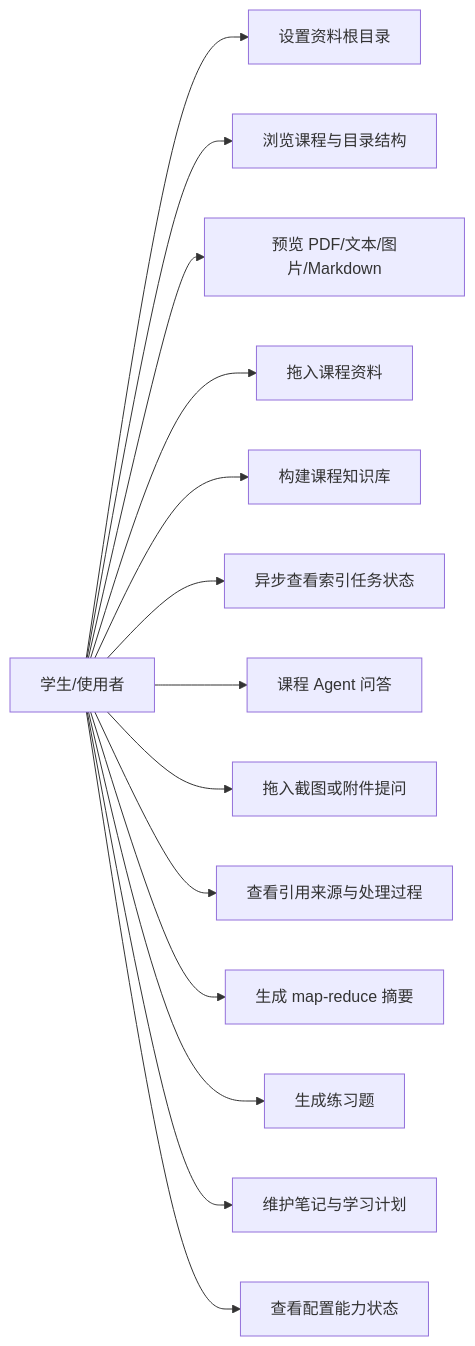
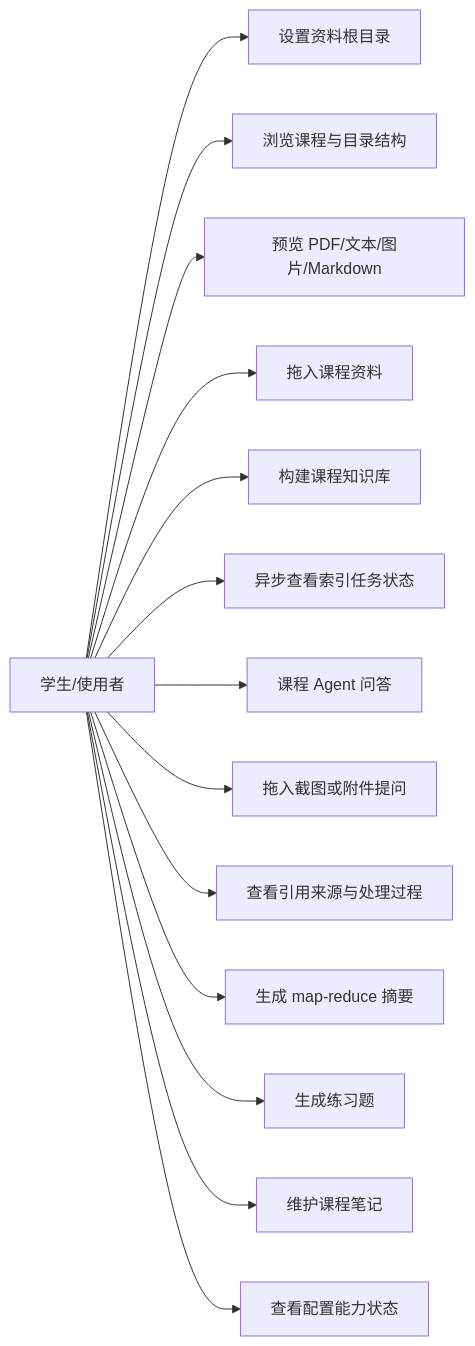
The third of 9 diagrams in docs/系统设计.md (LuMH1027/ai-learn-assistant), drawn with Mermaid before and after one commit. The commit also changed other lines of this file and 42 other files, not shown here.

````diff
--- a/docs/系统设计.md
+++ b/docs/系统设计.md
@@ -74,31 +73,31 @@
 ```mermaid
 flowchart LR
     User["学生/使用者"]
     UC1["设置资料根目录"]
     UC2["浏览课程与目录结构"]
     UC3["预览 PDF/文本/图片/Markdown"]
     UC4["拖入课程资料"]
     UC5["构建课程知识库"]
     UC6["异步查看索引任务状态"]
     UC7["课程 Agent 问答"]
     UC8["拖入截图或附件提问"]
     UC9["查看引用来源与处理过程"]
     UC10["生成 map-reduce 摘要"]
     UC11["生成练习题"]
-    UC12["维护笔记与学习计划"]
+    UC12["维护课程笔记"]
     UC13["查看配置能力状态"]
 
     User --> UC1
     User --> UC2
     User --> UC3
     User --> UC4
     User --> UC5
     User --> UC6
     User --> UC7
     User --> UC8
     User --> UC9
     User --> UC10
     User --> UC11
     User --> UC12
     User --> UC13
 ```
````
